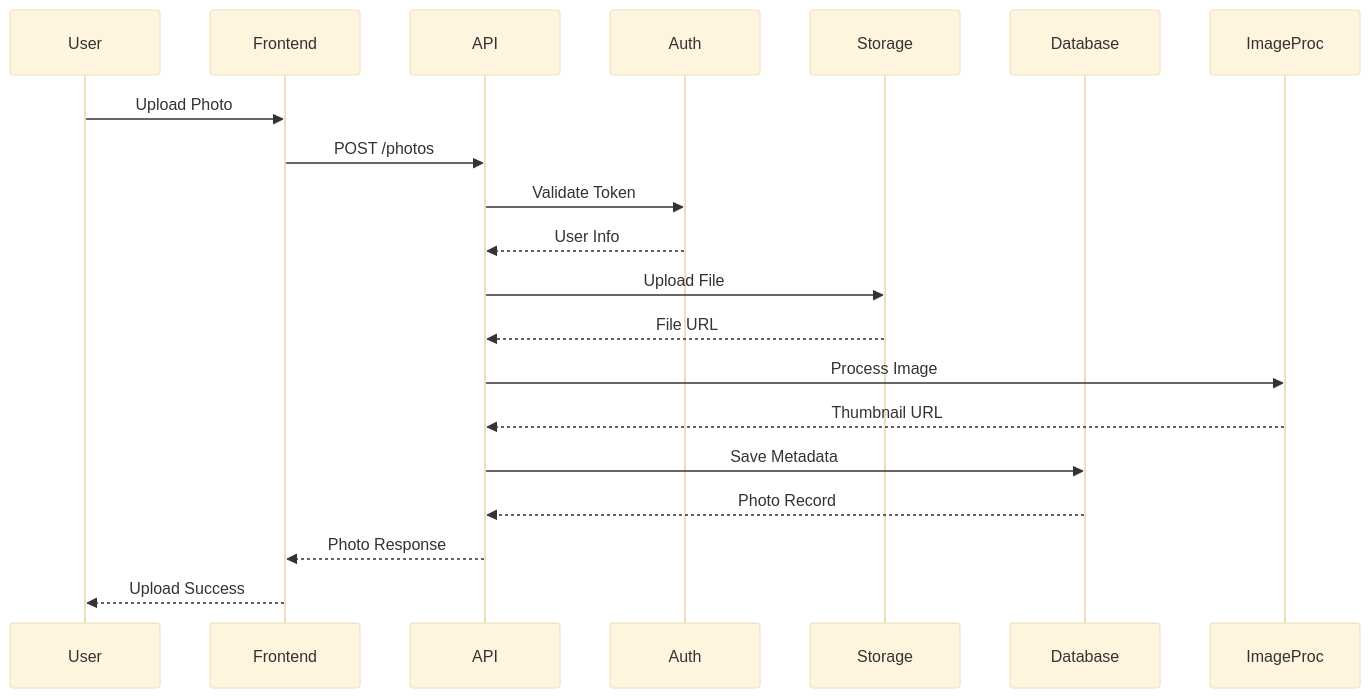
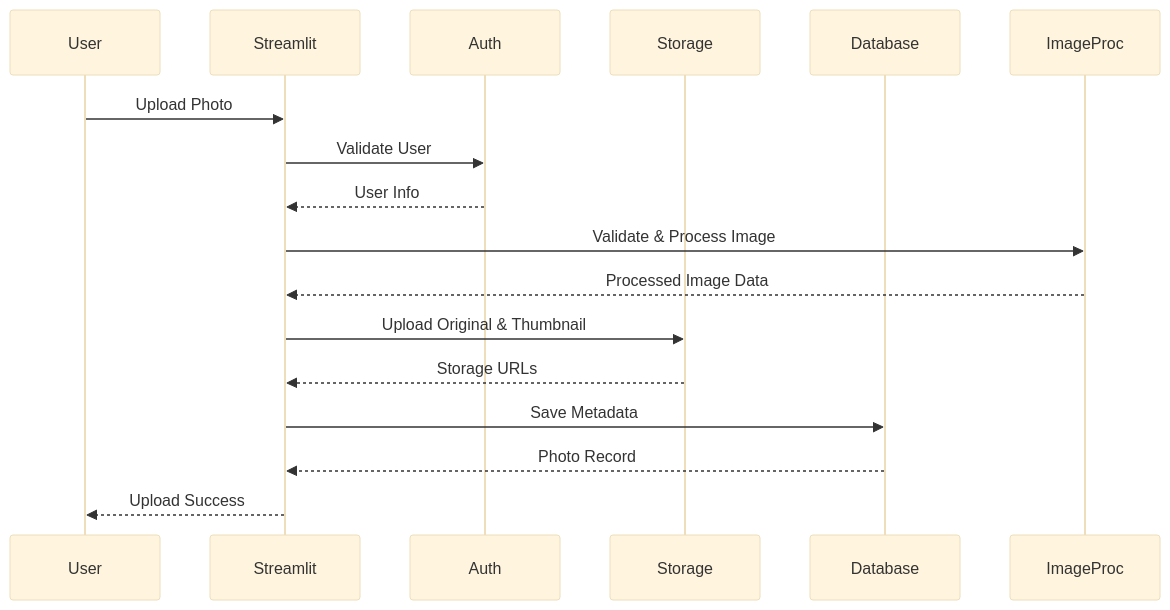
The second of 6 diagrams in docs/ARCHITECTURE.md (mida-hub/imgstream), drawn with Mermaid (base theme) before and after one commit. The commit also changed other lines of this file and 3 other files, not shown here.

````diff
--- a/docs/ARCHITECTURE.md
+++ b/docs/ARCHITECTURE.md
@@ -295,23 +326,20 @@
 ```mermaid
 sequenceDiagram
     participant User
-    participant Frontend
-    participant API
+    participant Streamlit
     participant Auth
     participant Storage
     participant Database
     participant ImageProc
 
-    User->>Frontend: Upload Photo
-    Frontend->>API: POST /photos
-    API->>Auth: Validate Token
-    Auth-->>API: User Info
-    API->>Storage: Upload File
-    Storage-->>API: File URL
-    API->>ImageProc: Process Image
-    ImageProc-->>API: Thumbnail URL
-    API->>Database: Save Metadata
-    Database-->>API: Photo Record
-    API-->>Frontend: Photo Response
-    Frontend-->>User: Upload Success
+    User->>Streamlit: Upload Photo
+    Streamlit->>Auth: Validate User
+    Auth-->>Streamlit: User Info
+    Streamlit->>ImageProc: Validate & Process Image
+    ImageProc-->>Streamlit: Processed Image Data
+    Streamlit->>Storage: Upload Original & Thumbnail
+    Storage-->>Streamlit: Storage URLs
+    Streamlit->>Database: Save Metadata
+    Database-->>Streamlit: Photo Record
+    Streamlit-->>User: Upload Success
 ```
````
